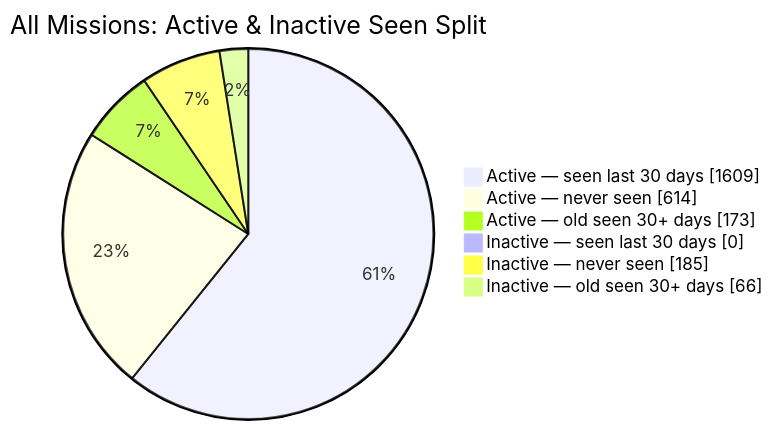
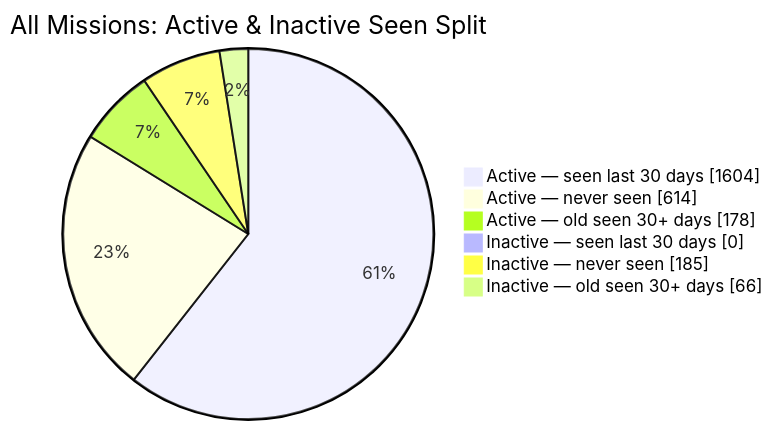
The second of 2 diagrams in README.md (MeldkamerspelGameTeam/active-missions), drawn with Mermaid before and after one commit. The commit also changed other lines of this file and 3 other files, not shown here.

````diff
--- a/README.md
+++ b/README.md
@@ -44,10 +44,10 @@
 ```mermaid
 pie showData
     title All Missions: Active & Inactive Seen Split
-    "Active — seen last 30 days" : 1609
+    "Active — seen last 30 days" : 1604
     "Active — never seen" : 614
-    "Active — old seen 30+ days" : 173
+    "Active — old seen 30+ days" : 178
     "Inactive — seen last 30 days" : 0
     "Inactive — never seen" : 185
     "Inactive — old seen 30+ days" : 66
 ```
````
